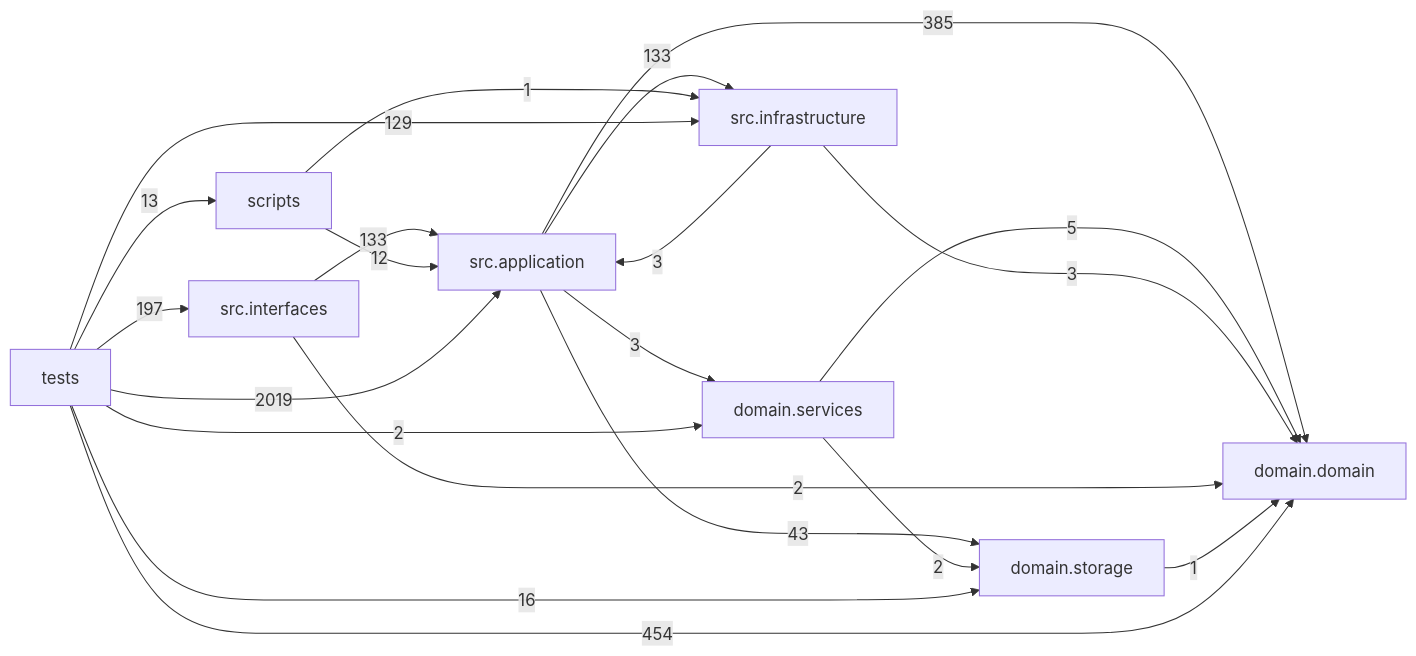
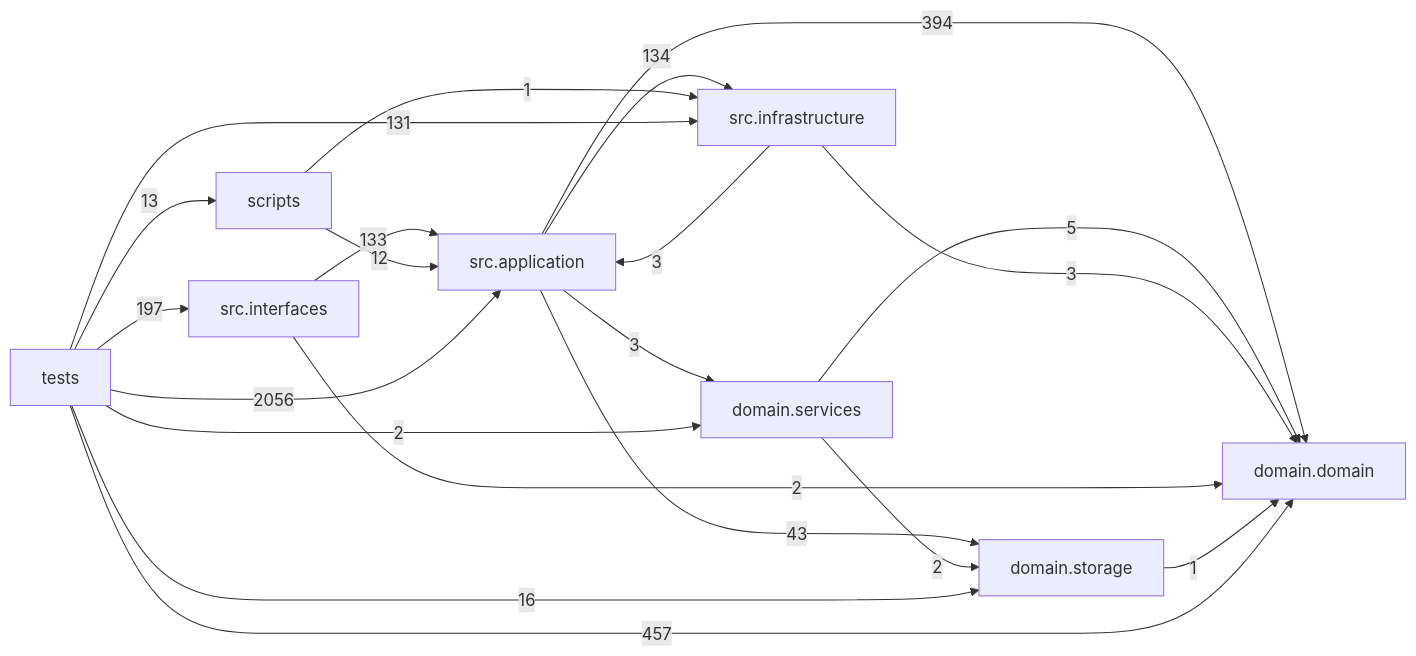
One commit to liuxie066/options-monitor changed the diagram in docs/DEPENDENCY_GRAPH.md. Above: the diagram before and after it, drawn with Mermaid. The commit also changed other lines of this file and 24 other files, not shown here.

````diff
--- a/docs/DEPENDENCY_GRAPH.md
+++ b/docs/DEPENDENCY_GRAPH.md
@@ -24,31 +24,31 @@
 ```mermaid
 flowchart LR
   tests["tests"]
   scripts["scripts"]
   interfaces["src.interfaces"]
   application["src.application"]
   infrastructure["src.infrastructure"]
   domain_services["domain.services"]
   domain["domain.domain"]
   storage["domain.storage"]
-  application -->|385| domain
+  application -->|394| domain
   application -->|3| domain_services
-  application -->|133| infrastructure
+  application -->|134| infrastructure
   application -->|43| storage
   domain_services -->|5| domain
   domain_services -->|2| storage
   infrastructure -->|3| application
   infrastructure -->|3| domain
   interfaces -->|133| application
   interfaces -->|2| domain
   scripts -->|12| application
   scripts -->|1| infrastructure
   storage -->|1| domain
-  tests -->|2019| application
-  tests -->|454| domain
+  tests -->|2056| application
+  tests -->|457| domain
   tests -->|2| domain_services
-  tests -->|129| infrastructure
+  tests -->|131| infrastructure
   tests -->|197| interfaces
   tests -->|13| scripts
   tests -->|16| storage
 ```
````
